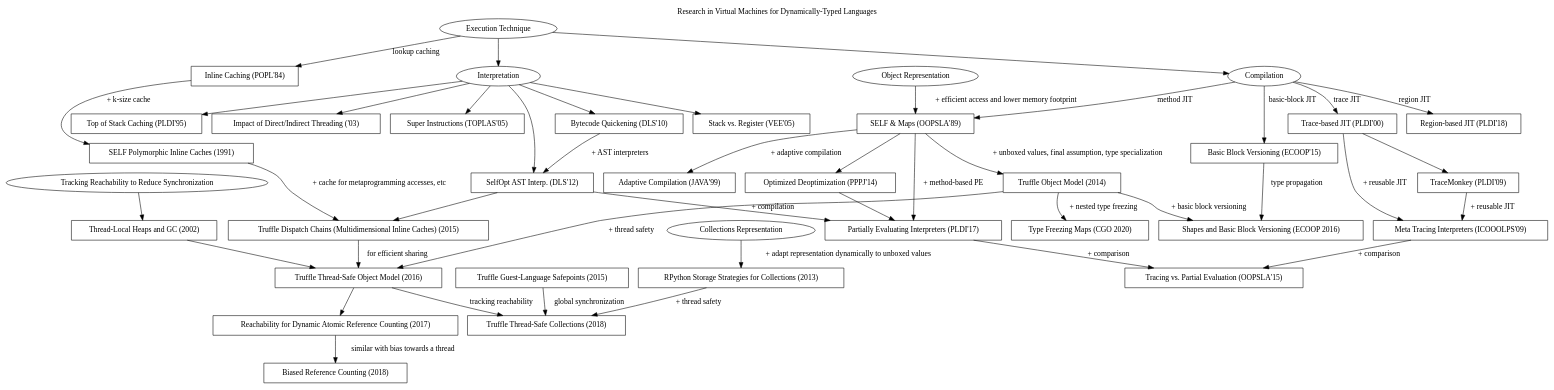
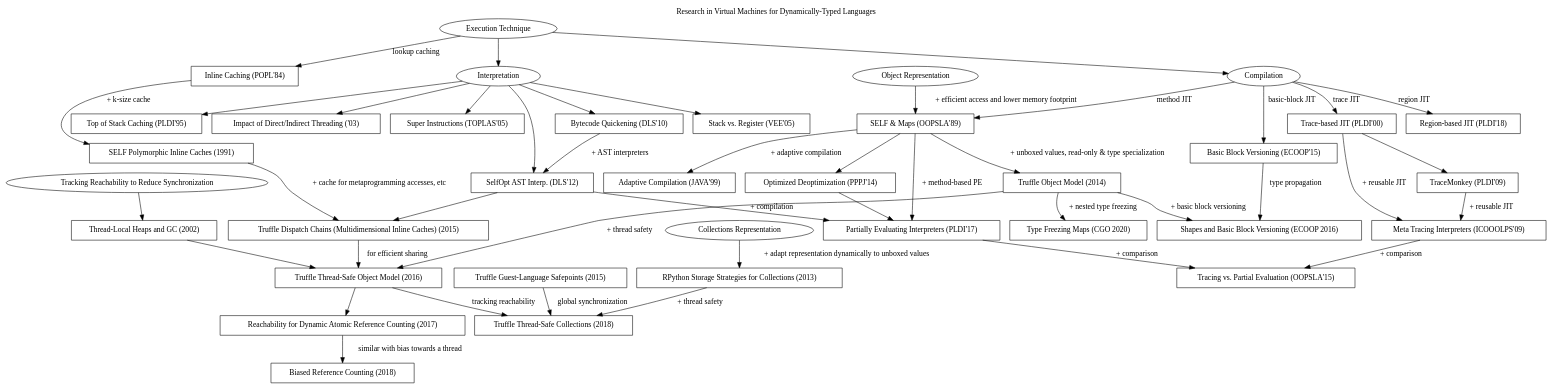
The diagram in graph.dot (eregon/virtual-machines-research-graph), drawn with Graphviz before and after one commit.

Commit message:
rephrase

```diff
--- a/graph.dot
+++ b/graph.dot
@@ -1,170 +1,170 @@
 digraph G {
   label = "Research in Virtual Machines for Dynamically-Typed Languages"
   labelloc = "t"
   node [shape = "box"]
 
   # Nodes
   pic [label = "SELF Polymorphic Inline Caches (1991)",
        tooltip = "Optimizing Dynamically-Typed Object-Oriented Languages With Polymorphic Inline Caches",
        URL = "http://bibliography.selflanguage.org/_static/pics.pdf"]
   mpic [label = "Truffle Dispatch Chains (Multidimensional Inline Caches) (2015)",
         tooltip = "Zero-Overhead Metaprogramming; Reflection and Metaobject Protocols Fast and without Compromises",
         URL = "https://stefan-marr.de/downloads/pldi15-marr-et-al-zero-overhead-metaprogramming.pdf"]
 
   om [label = "Object Representation", shape="oval"]
   maps [label = "SELF & Maps (OOPSLA'89)",
         tooltip = "An Efficient Implementation of SELF a Dynamically-Typed Object-Oriented Language Based on Prototypes",
         URL = "http://www.selflanguage.org/_static/published/implementation.pdf"]
   tosm [label = "Truffle Object Model (2014)",
         tooltip = "An Object Storage Model for the Truffle Language Implementation Framework",
         URL = "https://chrisseaton.com/rubytruffle/pppj14-om/pppj14-om.pdf"]
   tso [label = "Truffle Thread-Safe Object Model (2016)",
        tooltip = "Efficient and Thread-Safe Objects for Dynamically-Typed Languages",
        URL = "https://eregon.me/blog/assets/research/thread-safe-objects.pdf"]
 
   glsp [label = "Truffle Guest-Language Safepoints (2015)",
         tooltip = "Techniques and Applications for Guest-Language Safepoints",
         URL = "https://eregon.me/blog/assets/research/guest-language-safepoints.pdf"]
 
   freezing [label = "Type Freezing Maps (CGO 2020)",
             tooltip = "Type Freezing: Exploiting Attribute Type Monomorphism in Tracing JIT Compilers",
             URL = "https://doi.org/10.1145/3368826.3377907"]
   shapesAndBBV [label = "Shapes and Basic Block Versioning (ECOOP 2016)",
                 tooltip = "Interprocedural Type Specialization of JavaScript Programs Without Type Analysis",
                 URL = "https://drops.dagstuhl.de/opus/volltexte/2016/6101/pdf/LIPIcs-ECOOP-2016-7.pdf"]
 
   collections [label = "Collections Representation", shape="oval"]
   ss [label = "RPython Storage Strategies for Collections (2013)",
       tooltip = "Storage Strategies for Collections in Dynamically Typed Languages",
       URL = "https://tratt.net/laurie/research/pubs/html/bolz_diekmann_tratt__storage_strategies_for_collections_in_dynamically_typed_languages/"]
   tsc [label = "Truffle Thread-Safe Collections (2018)",
        tooltip = "Parallelization of Dynamic Languages: Synchronizing Built-in Collections",
        URL = "https://eregon.me/blog/assets/research/thread-safe-collections.pdf"]
 
   reachability [label = "Tracking Reachability to Reduce Synchronization", shape="oval"]
   domani [label = "Thread-Local Heaps and GC (2002)",
           tooltip = "Thread-Local Heaps for Java",
           URL = "http://citeseerx.ist.psu.edu/viewdoc/download?doi=10.1.1.63.5846&amp;rep=rep1&amp;type=pdf"]
   rarc [label = "Reachability for Dynamic Atomic Reference Counting (2017)",
         tooltip = "Dynamic Atomicity: Optimizing Swift Memory Management",
         URL = "https://dl.acm.org/doi/10.1145/3133841.3133843"]
   brc [label = "Biased Reference Counting (2018)",
        tooltip = "Biased Reference Counting: Minimizing Atomic Operations in Garbage Collection",
        URL = "https://iacoma.cs.uiuc.edu/iacoma-papers/pact18.pdf"]
 
   exe [label = "Execution Technique", shape="oval"]
   interp [label = "Interpretation", shape="oval"]
   compilation [label = "Compilation", shape="oval"]
   stackVsReg [label = "Stack vs. Register (VEE'05)",
        tooltip = "Virtual Machine Showdown: Stack Versus Registers",
        URL = "https://www.usenix.org/legacy/events%2Fvee05%2Ffull_papers/p153-yunhe.pdf"]
   topOfStack [label = "Top of Stack Caching (PLDI'95)",
        tooltip = "Stack Caching for Interpreters",
        URL = "http://www2.cs.arizona.edu/~collberg/Teaching/553/2011/Resources/ertl94sc.pdf"]
   directIndirect [label = "Impact of Direct/Indirect Threading ('03)",
        tooltip = "The Structure and Performance of Efficient Interpreters",
        URL = "https://www.jilp.org/vol5/v5paper12.pdf"]
   selfOptAst [label = "SelfOpt AST Interp. (DLS'12)",
        tooltip = "Self-Optimizing AST Interpreters",
        URL = "http://lafo.ssw.uni-linz.ac.at/papers/2012_DLS_SelfOptimizingASTInterpreters.pdf"]
   superInstructions [label = "Super Instructions (TOPLAS'05)",
        tooltip = "Optimizing Indirect Branch Prediction Accuracy in Virtual Machine Interpreters",
        URL = "https://www.scss.tcd.ie/David.Gregg/papers/toplas05.pdf"]
   quickening [label = "Bytecode Quickening (DLS'10)",
        tooltip = "Efficient Interpretation Using Quickening",
        URL = "https://publications.sba-research.org/publications/dls10.pdf"]
 
   inlineCaching [label = "Inline Caching (POPL'84)",
        tooltip = "Efficient Implementation of the Smalltalk-80 System",
        URL = "http://web.cs.ucla.edu/~palsberg/course/cs232/papers/DeutschSchiffman-popl84.pdf"]
 
 
   adaptiveJit [label = "Adaptive Compilation (JAVA'99)",
        tooltip = "The Jalapeño Dynamic Optimizing Compiler for Java",
        URL = "https://pdfs.semanticscholar.org/8738/ba4b09cac68ad1ab7d036a6d5e40a17ee2c7.pdf"]
 
   regionBased [label = "Region-based JIT (PLDI'18)",
        tooltip = "HHVM JIT: A Profile-guided, Region-based Compiler for PHP and Hack",
        URL = "https://research.fb.com/wp-content/uploads/2018/04/hhvm-jit-a-profile-guided-region-based-compiler-for-php-and-hack.pdf"]
   traceBased [label = "Trace-based JIT (PLDI'00)",
        tooltip = "Dynamo: A Transparent Dynamic Optimization System",
        URL = "https://www.complang.tuwien.ac.at/andi/bala.pdf"]
   traceMonkey [label = "TraceMonkey (PLDI'09)",
        tooltip = "Trace-based Just-in-time Type Specialization for Dynamic Languages",
        URL = "http://dept.cs.williams.edu/~freund/cs434/gal-trace.pdf"]
 
 
   basicBlockVersioning [label = "Basic Block Versioning (ECOOP'15)",
        tooltip = "Simple and Effective Type Check Removal through Lazy Basic Block Versioning",
        URL = "https://drops.dagstuhl.de/opus/volltexte/2015/5219/pdf/9.pdf"]
 
 
 
 metaTracing [label = "Meta Tracing Interpreters (ICOOOLPS'09)",
        tooltip = "Tracing the Meta-level: PyPy's Tracing JIT Compiler",
        URL = "https://citeseerx.ist.psu.edu/viewdoc/download?doi=10.1.1.1023.9117&amp;rep=rep1&amp;type=pdf"]
 partialEvaluation [label = "Partially Evaluating Interpreters (PLDI'17)",
        tooltip = "Practical Partial Evaluation for High-performance Dynamic Language Runtimes",
        URL = "https://chrisseaton.com/rubytruffle/pldi17-truffle/pldi17-truffle.pdf"]
 MTvsPE [label = "Tracing vs. Partial Evaluation (OOPSLA'15)",
        tooltip = "Tracing vs. Partial Evaluation: Comparing Meta-Compilation Approaches for Self-Optimizing Interpreters",
        URL = "http://stefan-marr.de/downloads/oopsla15-marr-ducasse-meta-tracing-vs-partial-evaluation.pdf"]
 optDeopt [label = "Optimized Deoptimization (PPPJ'14)",
        tooltip = "Speculation Without Regret: Reducing Deoptimization Meta-data in the Graal Compiler",
        URL = "http://www.ssw.uni-linz.ac.at/General/Staff/GD/PPPJ-2014-duboscq-29.pdf"]
 
 
   # Edges
   inlineCaching -> pic [label = "+ k-size cache"]
   pic -> mpic [label = "+ cache for metaprogramming accesses, etc"]
   mpic -> tso [label = "for efficient sharing"]
 
   om -> maps [label = "+ efficient access and lower memory footprint"]
-  maps -> tosm [label = "+ unboxed values, final assumption, type specialization"]
+  maps -> tosm [label = "+ unboxed values, read-only & type specialization"]
   tosm -> tso [label = "+ thread safety"]
   tosm -> shapesAndBBV [label = "+ basic block versioning"]
   tosm -> freezing [label = "+ nested type freezing"]
   tso -> rarc
   rarc -> brc [label = "similar with bias towards a thread"]
 
   reachability -> domani
   domani -> tso
 
   tso -> tsc [label = "tracking reachability"]
   glsp -> tsc [label = "global synchronization"]
   collections -> ss [label = "+ adapt representation dynamically to unboxed values"]
   ss -> tsc [label = "+ thread safety"]
 
   exe -> inlineCaching [label = "lookup caching"]
 
   exe -> interp
   interp -> directIndirect
   interp -> stackVsReg
   interp -> topOfStack
   interp -> superInstructions
   interp -> selfOptAst
   interp -> quickening
   quickening -> selfOptAst [label = "+ AST interpreters"]
   exe -> compilation
   compilation -> maps [label = "method JIT"]
   compilation -> regionBased [label = "region JIT"]
   compilation -> traceBased [label = "trace JIT"]
   compilation -> basicBlockVersioning [label = "basic-block JIT"]
   basicBlockVersioning -> shapesAndBBV [label = "type propagation"]
   traceBased -> traceMonkey
   maps -> adaptiveJit [label = "+ adaptive compilation"]
 
   traceBased -> metaTracing [label = "+ reusable JIT"]
   traceMonkey -> metaTracing [label = "+ reusable JIT"]
 
   maps -> partialEvaluation [label = "+ method-based PE"]
   selfOptAst -> partialEvaluation [label = "+ compilation"]
 
   selfOptAst -> mpic
 
   metaTracing -> MTvsPE [label = "+ comparison"]
   partialEvaluation -> MTvsPE [label = "+ comparison"]
 
   maps -> optDeopt
   optDeopt -> partialEvaluation
 }
```
